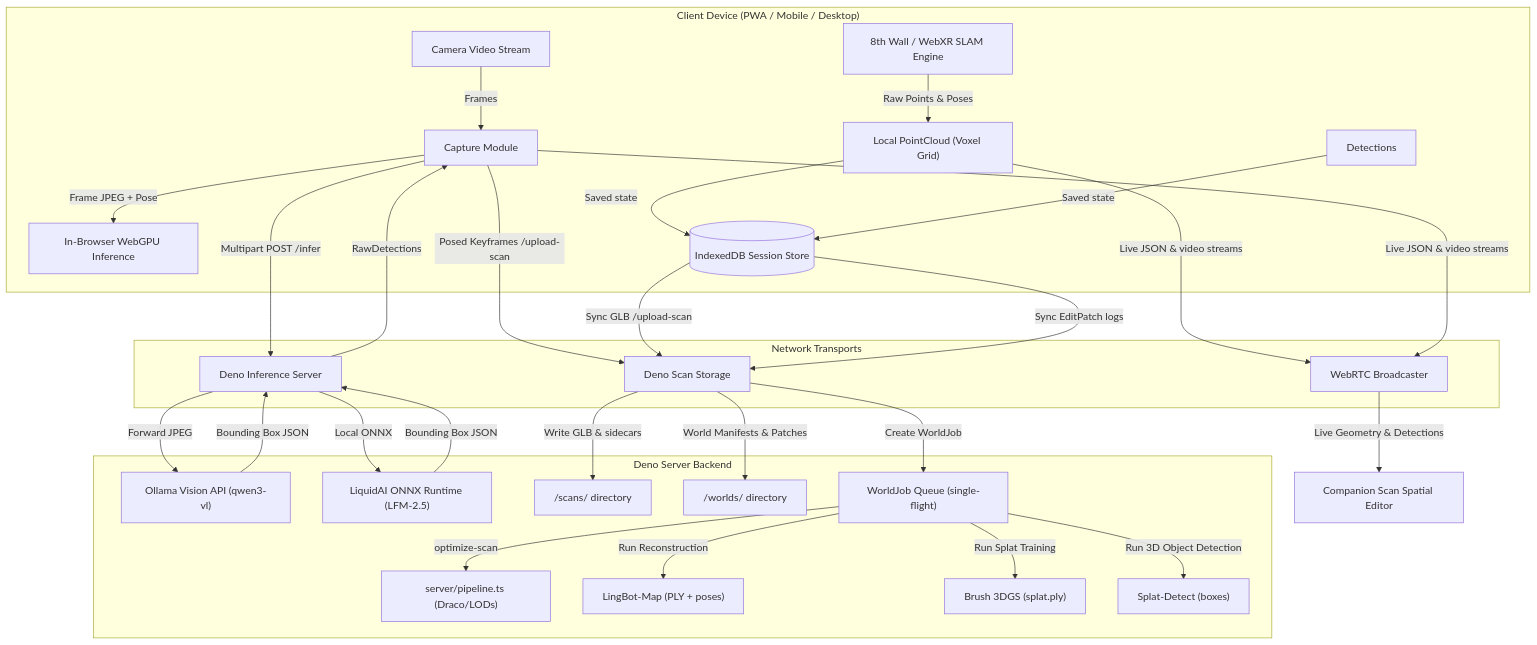
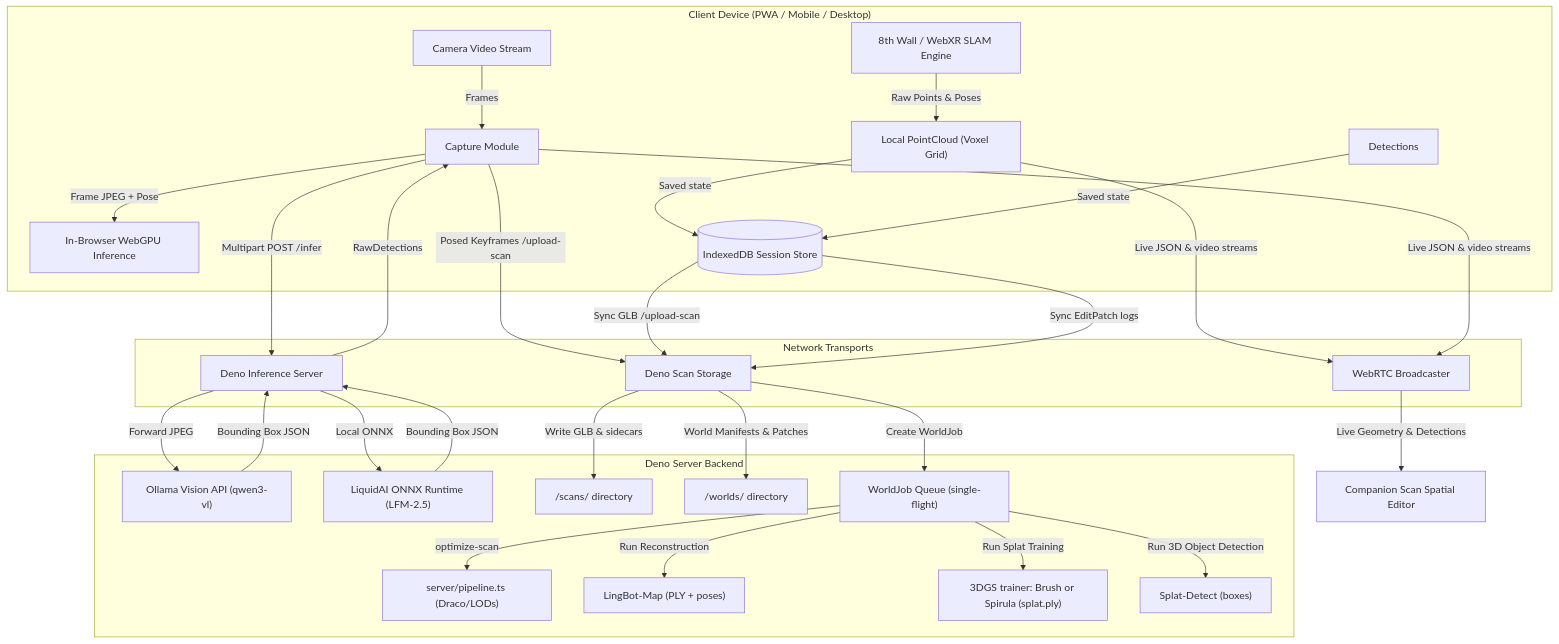
One commit to companionintelligence/CI-Spatial changed the third of 3 diagrams in README.md. Above: the diagram before and after it, drawn with Mermaid. The commit also changed other lines of this file and 103 other files, not shown here.

````diff
--- a/README.md
+++ b/README.md
@@ -142,33 +142,33 @@
 ```mermaid
 graph TD
     subgraph Client ["Client Device (PWA / Mobile / Desktop)"]
         SLAM["8th Wall / WebXR SLAM Engine"] -->|Raw Points & Poses| PC["Local PointCloud (Voxel Grid)"]
         Camera["Camera Video Stream"] -->|Frames| Cap["Capture Module"]
         Cap -->|Frame JPEG + Pose| VLM_Local["In-Browser WebGPU Inference"]
         PC & Dets_Local["Detections"] -->|Saved state| IDB[(IndexedDB Session Store)]
     end
 
     subgraph Transport ["Network Transports"]
         Cap -->|Multipart POST /infer| Server_Infer["Deno Inference Server"]
         Cap -->|Posed Keyframes /upload-scan| Server_Storage["Deno Scan Storage"]
         PC & Cap -->|Live JSON & video streams| WebRTC["WebRTC Broadcaster"]
         IDB -->|Sync GLB /upload-scan| Server_Storage
         IDB -->|Sync EditPatch logs| Server_Storage
     end
 
     subgraph Server ["Deno Server Backend"]
         Server_Infer -->|Forward JPEG| Ollama["Ollama Vision API (qwen3-vl)"]
         Server_Infer -->|Local ONNX| LFM["LiquidAI ONNX Runtime (LFM-2.5)"]
         Server_Storage -->|Write GLB & sidecars| ScansDir["/scans/ directory"]
         Server_Storage -->|World Manifests & Patches| WorldsDir["/worlds/ directory"]
         Server_Storage -->|Create WorldJob| WorldJobs["WorldJob Queue (single-flight)"]
         WorldJobs -->|optimize-scan| Optimize["server/pipeline.ts (Draco/LODs)"]
         WorldJobs -->|Run Reconstruction| LingBot["LingBot-Map (PLY + poses)"]
-        WorldJobs -->|Run Splat Training| Brush["Brush 3DGS (splat.ply)"]
+        WorldJobs -->|Run Splat Training| Brush["3DGS trainer: Brush or Spirula (splat.ply)"]
         WorldJobs -->|Run 3D Object Detection| SplatDetect["Splat-Detect (boxes)"]
     end
 
     Ollama & LFM -->|Bounding Box JSON| Server_Infer
     Server_Infer -->|RawDetections| Cap
     WebRTC -->|Live Geometry & Detections| DesktopEditor["Companion Scan Spatial Editor"]
 ```
````
